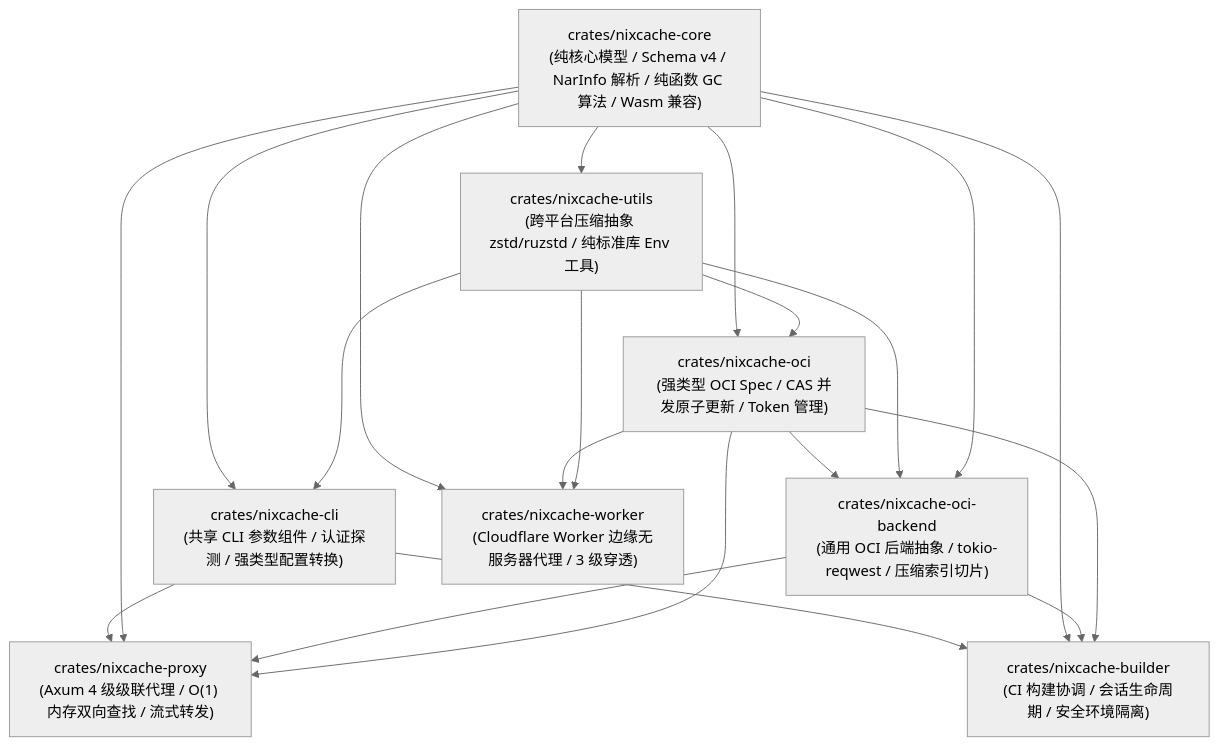
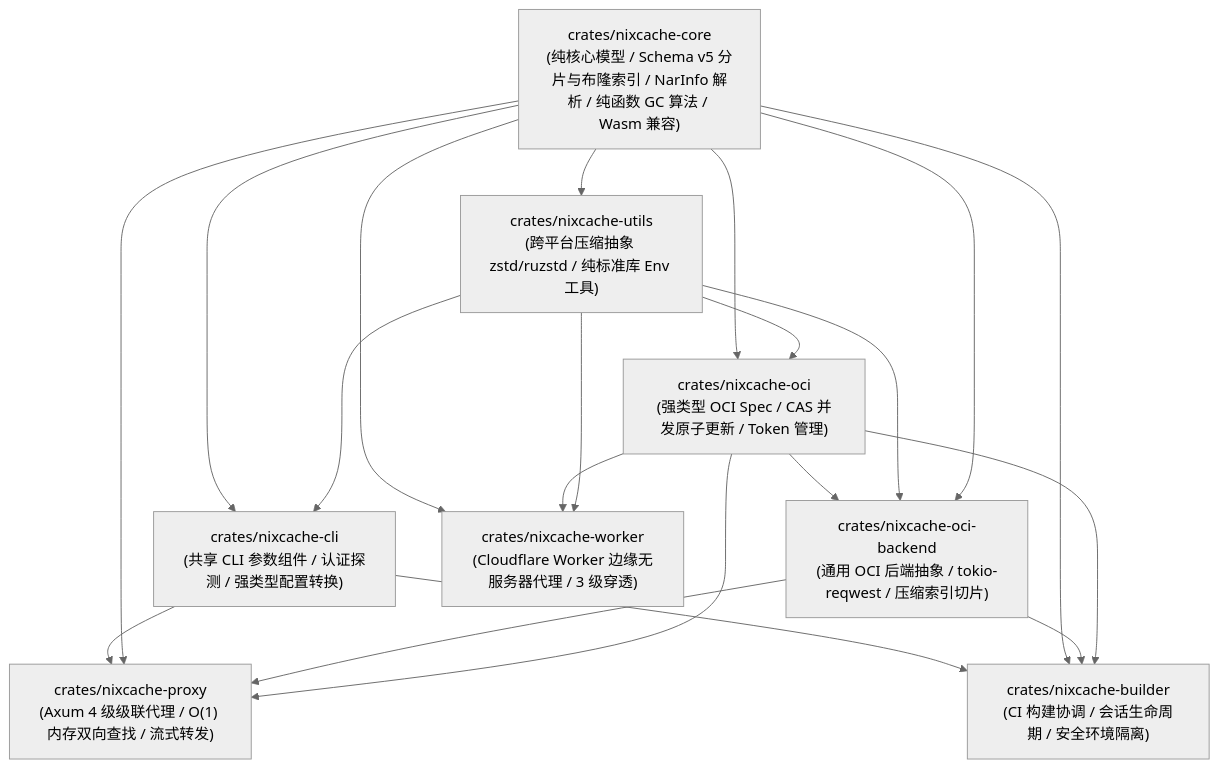
The first of 3 diagrams in README.md (shaogme/nixcache-oci), drawn with Mermaid (neutral theme) before and after one commit. The commit also changed other lines of this file and 49 other files, not shown here.

````diff
--- a/README.md
+++ b/README.md
@@ -887,31 +894,31 @@
 ```mermaid
 flowchart TD
-    Core["crates/nixcache-core<br>(纯核心模型 / Schema v4 / NarInfo 解析 / 纯函数 GC 算法 / Wasm 兼容)"]
+    Core["crates/nixcache-core<br>(纯核心模型 / Schema v5 分片与布隆索引 / NarInfo 解析 / 纯函数 GC 算法 / Wasm 兼容)"]
     Utils["crates/nixcache-utils<br>(跨平台压缩抽象 zstd/ruzstd / 纯标准库 Env 工具)"]
     CLI["crates/nixcache-cli<br>(共享 CLI 参数组件 / 认证探测 / 强类型配置转换)"]
     OCI["crates/nixcache-oci<br>(强类型 OCI Spec / CAS 并发原子更新 / Token 管理)"]
     Backend["crates/nixcache-oci-backend<br>(通用 OCI 后端抽象 / tokio-reqwest / 压缩索引切片)"]
     Proxy["crates/nixcache-proxy<br>(Axum 4 级级联代理 / O(1) 内存双向查找 / 流式转发)"]
     Builder["crates/nixcache-builder<br>(CI 构建协调 / 会话生命周期 / 安全环境隔离)"]
     Worker["crates/nixcache-worker<br>(Cloudflare Worker 边缘无服务器代理 / 3 级穿透)"]
 
     Core --> Utils
     Core --> OCI
     Utils --> OCI
     OCI --> Backend
     Utils --> Backend
     Core --> Backend
     Core --> CLI
     Utils --> CLI
     CLI --> Proxy
     Core --> Proxy
     Backend --> Proxy
     OCI --> Proxy
     CLI --> Builder
     Core --> Builder
     Backend --> Builder
     OCI --> Builder
     Core --> Worker
     OCI --> Worker
     Utils --> Worker
 ```
````
